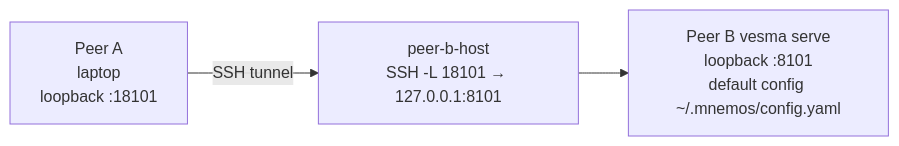
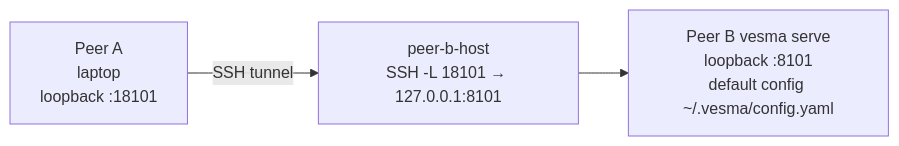
The second of 2 diagrams in docs/en/admin/federation-testing.md (vesmaro/vesma), drawn with Mermaid before and after one commit. The commit also changed other lines of this file and 38 other files, not shown here.

First line of the commit message:
docs(store): teach the 6.1.0 ~/.vesma layout; legacy ~/.mnemos only in migration contexts

````diff
--- a/docs/en/admin/federation-testing.md
+++ b/docs/en/admin/federation-testing.md
@@ -211,5 +211,5 @@
 ```mermaid
 flowchart LR
   LAP[Peer A<br/>laptop<br/>loopback :18101] -- SSH tunnel --> SSH[peer-b-host<br/>SSH -L 18101 → 127.0.0.1:8101]
-  SSH --> PB[Peer B vesma serve<br/>loopback :8101<br/>default config ~/.mnemos/config.yaml]
+  SSH --> PB[Peer B vesma serve<br/>loopback :8101<br/>default config ~/.vesma/config.yaml]
 ```
````
